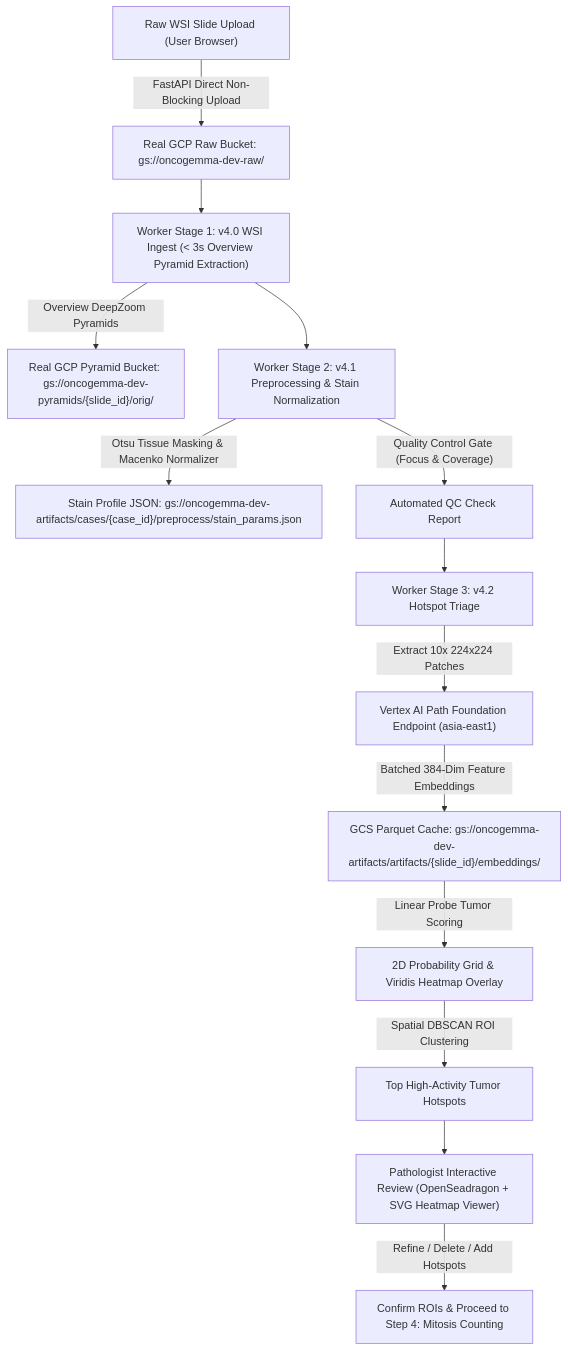
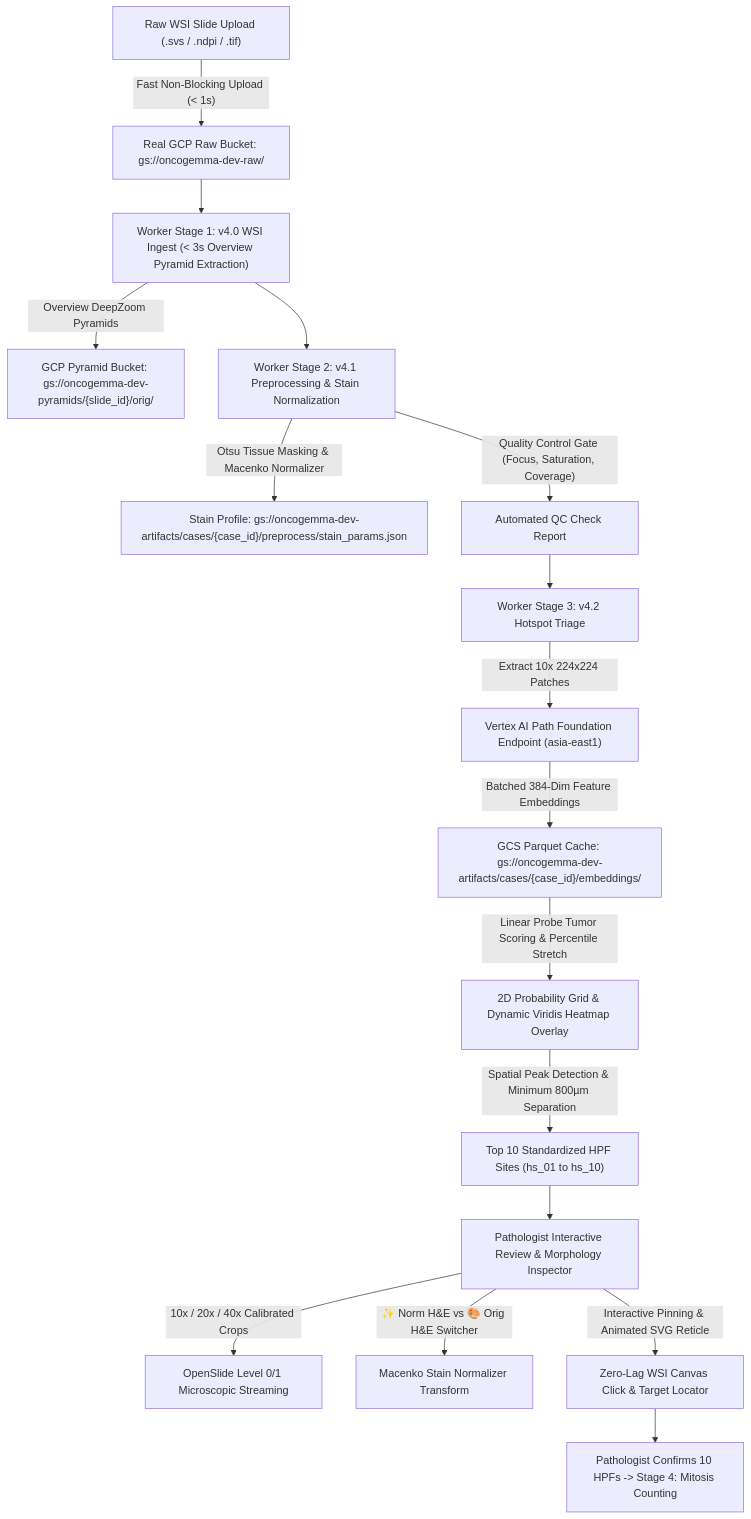
One commit to preshit-gupta/OncoGemma-v4 changed the diagram in README.md. Above: the diagram before and after it, drawn with Mermaid. The commit also changed other lines of this file and 12 other files, not shown here.

Commit message:
feat(v4.2): standardized 10 HPF extraction, dynamic Viridis gradient, zero-lag ROI pinning, and Macenko stain morphology inspector

````diff
--- a/README.md
+++ b/README.md
@@ -13,19 +13,22 @@
 ```mermaid
 flowchart TD
-    A["Raw WSI Slide Upload (User Browser)"] -->|"FastAPI Direct Non-Blocking Upload"| B["Real GCP Raw Bucket: gs://oncogemma-dev-raw/"]
+    A["Raw WSI Slide Upload (.svs / .ndpi / .tif)"] -->|"Fast Non-Blocking Upload (< 1s)"| B["Real GCP Raw Bucket: gs://oncogemma-dev-raw/"]
     B --> C["Worker Stage 1: v4.0 WSI Ingest (< 3s Overview Pyramid Extraction)"]
-    C -->|"Overview DeepZoom Pyramids"| D["Real GCP Pyramid Bucket: gs://oncogemma-dev-pyramids/{slide_id}/orig/"]
+    C -->|"Overview DeepZoom Pyramids"| D["GCP Pyramid Bucket: gs://oncogemma-dev-pyramids/{slide_id}/orig/"]
     
     C --> E["Worker Stage 2: v4.1 Preprocessing & Stain Normalization"]
-    E -->|"Otsu Tissue Masking & Macenko Normalizer"| F["Stain Profile JSON: gs://oncogemma-dev-artifacts/cases/{case_id}/preprocess/stain_params.json"]
-    E -->|"Quality Control Gate (Focus & Coverage)"| G["Automated QC Check Report"]
+    E -->|"Otsu Tissue Masking & Macenko Normalizer"| F["Stain Profile: gs://oncogemma-dev-artifacts/cases/{case_id}/preprocess/stain_params.json"]
+    E -->|"Quality Control Gate (Focus, Saturation, Coverage)"| G["Automated QC Check Report"]
 
     G --> H["Worker Stage 3: v4.2 Hotspot Triage"]
     H -->|"Extract 10x 224x224 Patches"| I["Vertex AI Path Foundation Endpoint (asia-east1)"]
-    I -->|"Batched 384-Dim Feature Embeddings"| J["GCS Parquet Cache: gs://oncogemma-dev-artifacts/artifacts/{slide_id}/embeddings/"]
-    J -->|"Linear Probe Tumor Scoring"| K["2D Probability Grid & Viridis Heatmap Overlay"]
-    K -->|"Spatial DBSCAN ROI Clustering"| L["Top High-Activity Tumor Hotspots"]
+    I -->|"Batched 384-Dim Feature Embeddings"| J["GCS Parquet Cache: gs://oncogemma-dev-artifacts/cases/{case_id}/embeddings/"]
+    J -->|"Linear Probe Tumor Scoring & Percentile Stretch"| K["2D Probability Grid & Dynamic Viridis Heatmap Overlay"]
+    K -->|"Spatial Peak Detection & Minimum 800µm Separation"| L["Top 10 Standardized HPF Sites (hs_01 to hs_10)"]
 
-    L --> M["Pathologist Interactive Review (OpenSeadragon + SVG Heatmap Viewer)"]
-    M -->|"Refine / Delete / Add Hotspots"| N["Confirm ROIs & Proceed to Step 4: Mitosis Counting"]
+    L --> M["Pathologist Interactive Review & Morphology Inspector"]
+    M -->|"10x / 20x / 40x Calibrated Crops"| N["OpenSlide Level 0/1 Microscopic Streaming"]
+    M -->|"✨ Norm H&E vs 🎨 Orig H&E Switcher"| O["Macenko Stain Normalizer Transform"]
+    M -->|"Interactive Pinning & Animated SVG Reticle"| P["Zero-Lag WSI Canvas Click & Target Locator"]
+    P --> Q["Pathologist Confirms 10 HPFs -> Stage 4: Mitosis Counting"]
 ```
````
